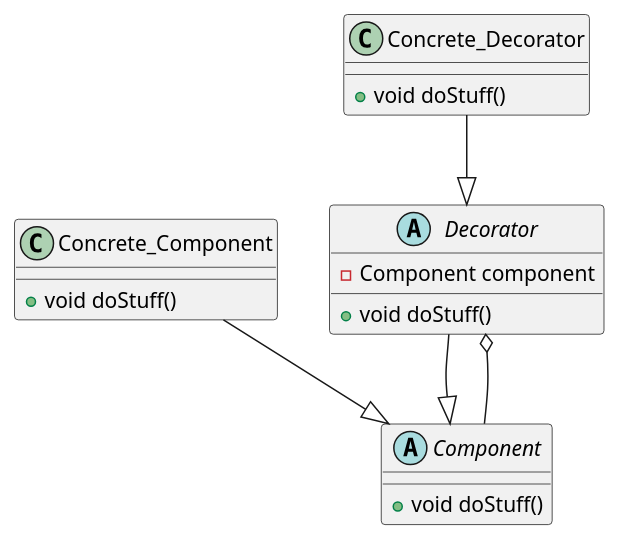
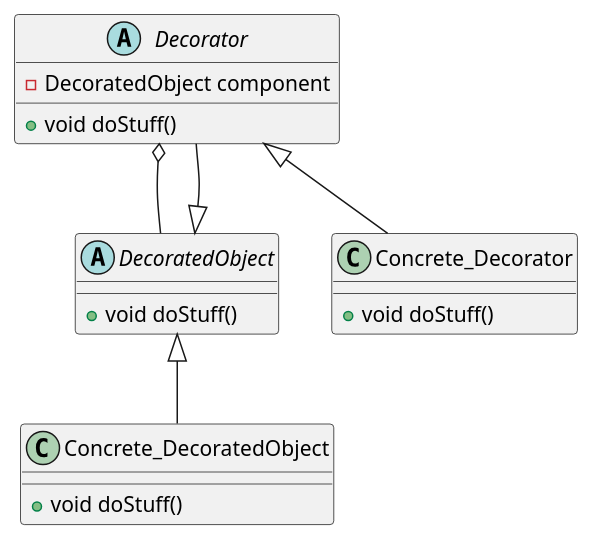
The diagram in raw_resources/images/design_patterns/class_decorator.puml (2DGD-F0TH/2DGD_F0TH), drawn with PlantUML before and after one commit. The commit also changed 23 other files, not shown here.

Commit message:
Updated design patterns UML diagrams

```diff
--- a/raw_resources/images/design_patterns/class_decorator.puml
+++ b/raw_resources/images/design_patterns/class_decorator.puml
@@ -1,23 +1,23 @@
 @startuml
-abstract class Component{
+abstract class DecoratedObject{
     +void doStuff()
 }
 
-class Concrete_Component{
+class Concrete_DecoratedObject{
     +void doStuff()
 }
 
 abstract class Decorator{
-    -Component component
+    -DecoratedObject component
     +void doStuff()
 }
 
 class Concrete_Decorator{
     +void doStuff()
 }
 
-Decorator --|> Component
-Concrete_Component --|> Component
-Concrete_Decorator --|> Decorator
-Decorator o-- Component
+Decorator -up-|> DecoratedObject
+Concrete_DecoratedObject -up-|> DecoratedObject
+Concrete_Decorator -up-|> Decorator
+Decorator o-- DecoratedObject
 @enduml
```
